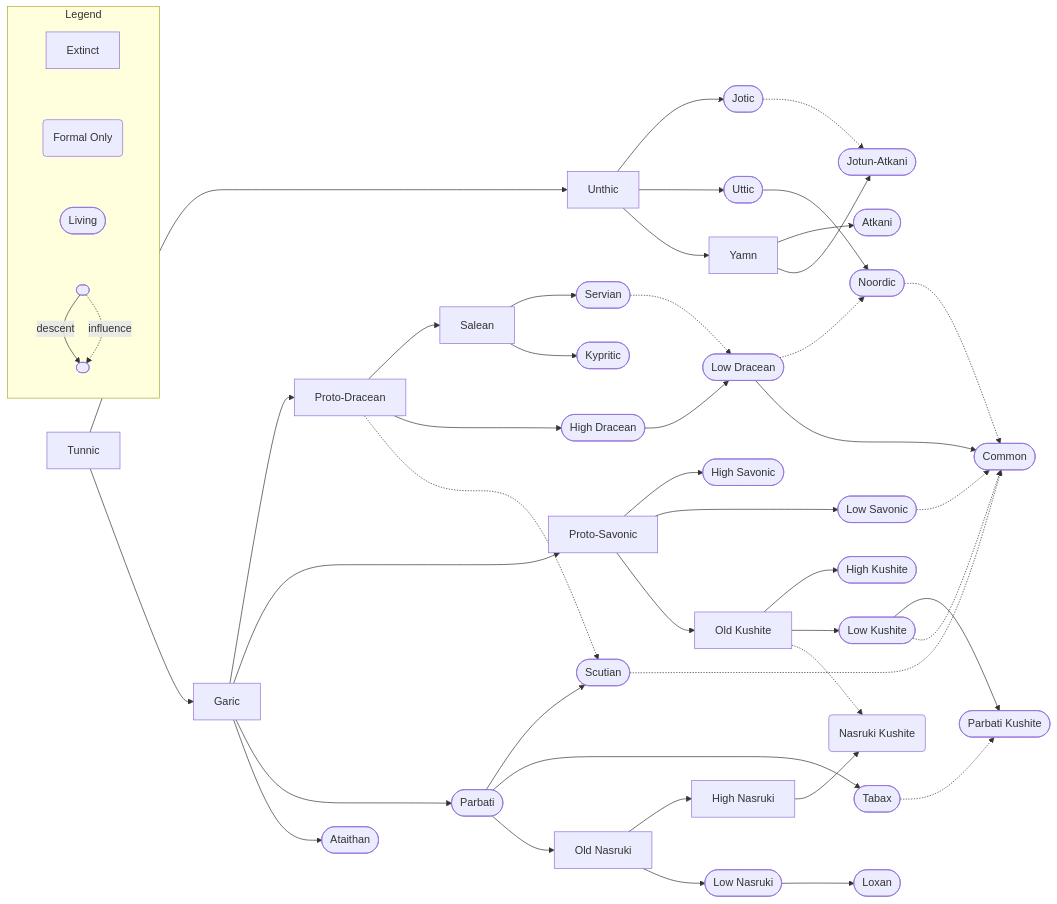
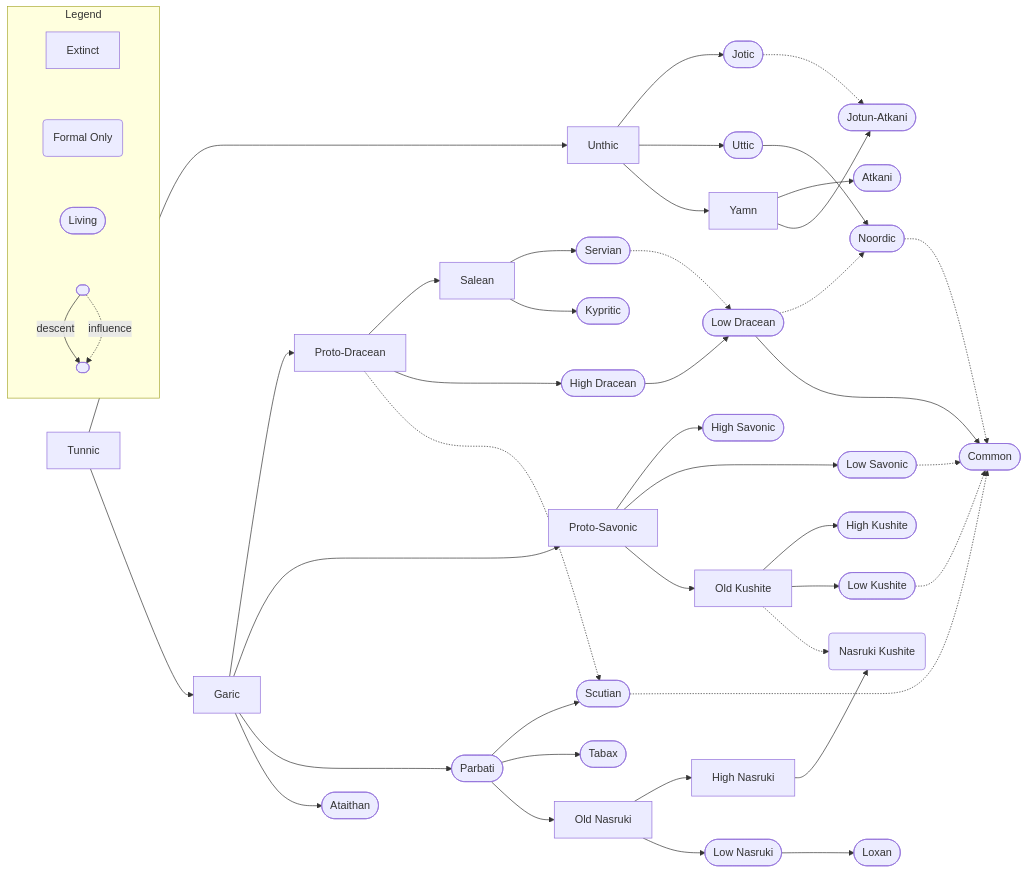
Before and after one commit to TEParsons/Iuncterra: the diagram in source/lore/languages/index.md, drawn with Mermaid. The commit also changed 15 other files, not shown here.

```diff
--- a/source/lore/languages/index.md
+++ b/source/lore/languages/index.md
@@ -36,7 +36,6 @@
 old-kushite[Old Kushite]
 high-kushite([High Kushite])
 low-kushite([Low Kushite])
-parbati-kushite([Parbati Kushite])
 nasruki-kushite(Nasruki Kushite)
 common([Common])
 
@@ -69,14 +68,12 @@
 proto-savonic --> old-kushite
 old-kushite --> high-kushite
 old-kushite --> low-kushite
-low-kushite --> parbati-kushite
 old-kushite -.-> nasruki-kushite
 
 garic --> parbati
 parbati --> scutian
 proto-dracean -.-> scutian
 parbati --> tabax
-tabax -.-> parbati-kushite
 parbati --> old-nasruki
 old-nasruki --> high-nasruki
 old-nasruki --> low-nasruki
```
